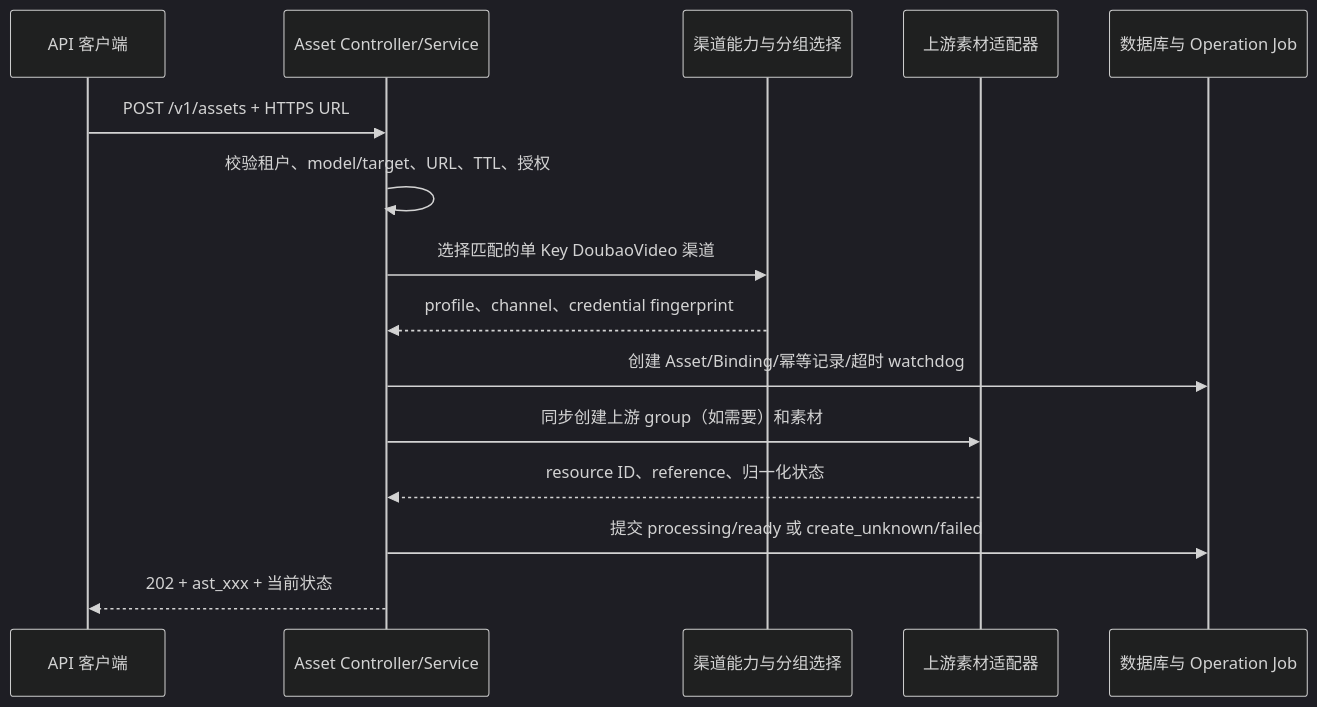
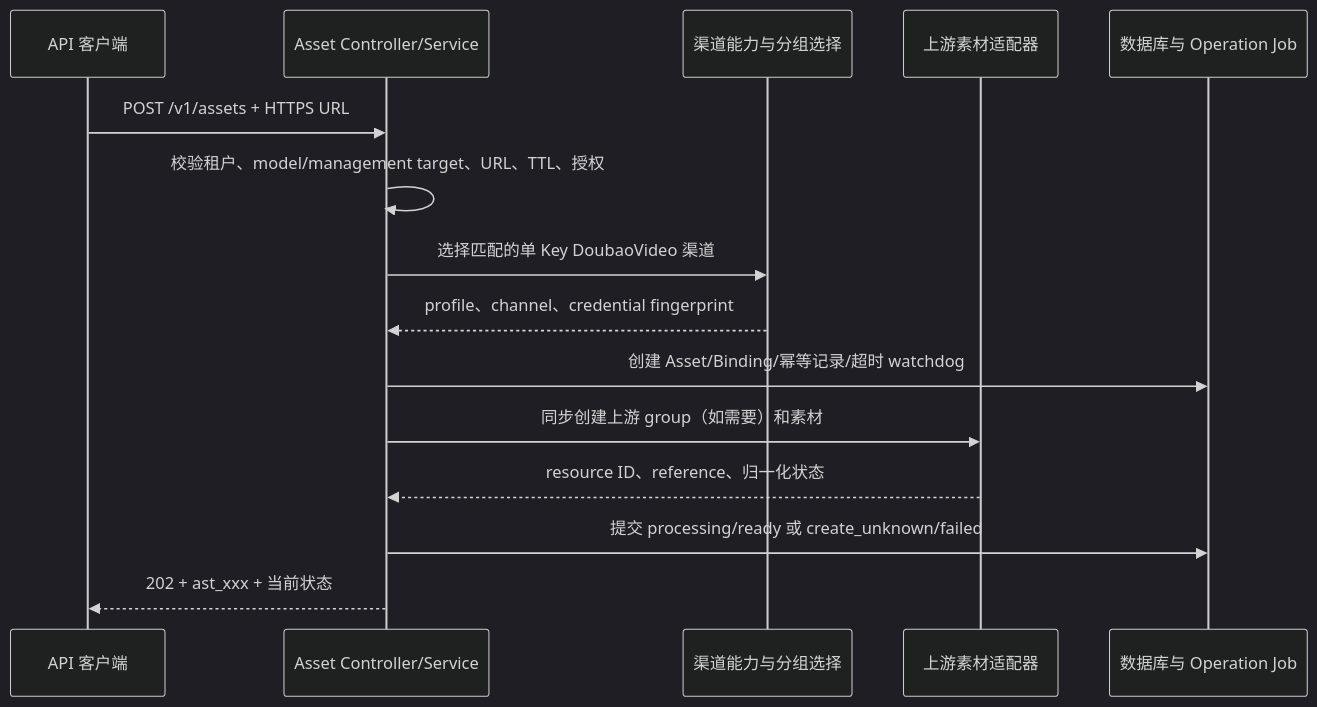
Before and after one commit to wuqiang44444444/new-api: the second of 2 diagrams in docs/20-architecture/素材代理与真人授权架构.md, drawn with Mermaid (dark theme). The commit also changed other lines of this file and 15 other files, not shown here.

````diff
--- a/docs/20-architecture/素材代理与真人授权架构.md
+++ b/docs/20-architecture/素材代理与真人授权架构.md
@@ -105,18 +105,18 @@
 ```mermaid
 sequenceDiagram
     participant C as API 客户端
     participant A as Asset Controller/Service
     participant D as 渠道能力与分组选择
     participant U as 上游素材适配器
     participant DB as 数据库与 Operation Job
 
     C->>A: POST /v1/assets + HTTPS URL
-    A->>A: 校验租户、model/target、URL、TTL、授权
+    A->>A: 校验租户、model/management target、URL、TTL、授权
     A->>D: 选择匹配的单 Key DoubaoVideo 渠道
     D-->>A: profile、channel、credential fingerprint
     A->>DB: 创建 Asset/Binding/幂等记录/超时 watchdog
     A->>U: 同步创建上游 group（如需要）和素材
     U-->>A: resource ID、reference、归一化状态
     A->>DB: 提交 processing/ready 或 create_unknown/failed
     A-->>C: 202 + ast_xxx + 当前状态
 ```
````
